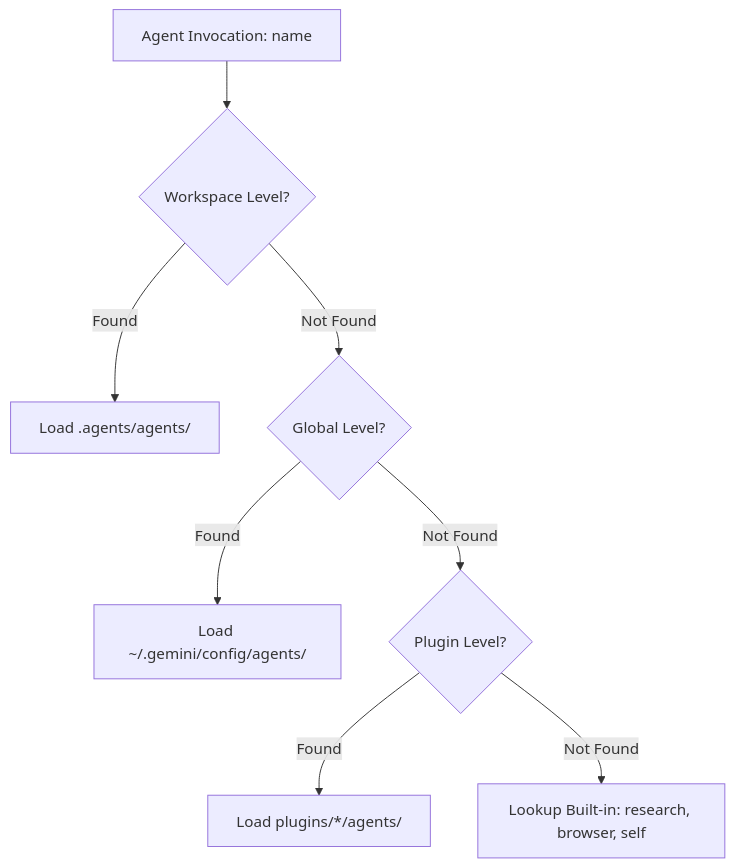
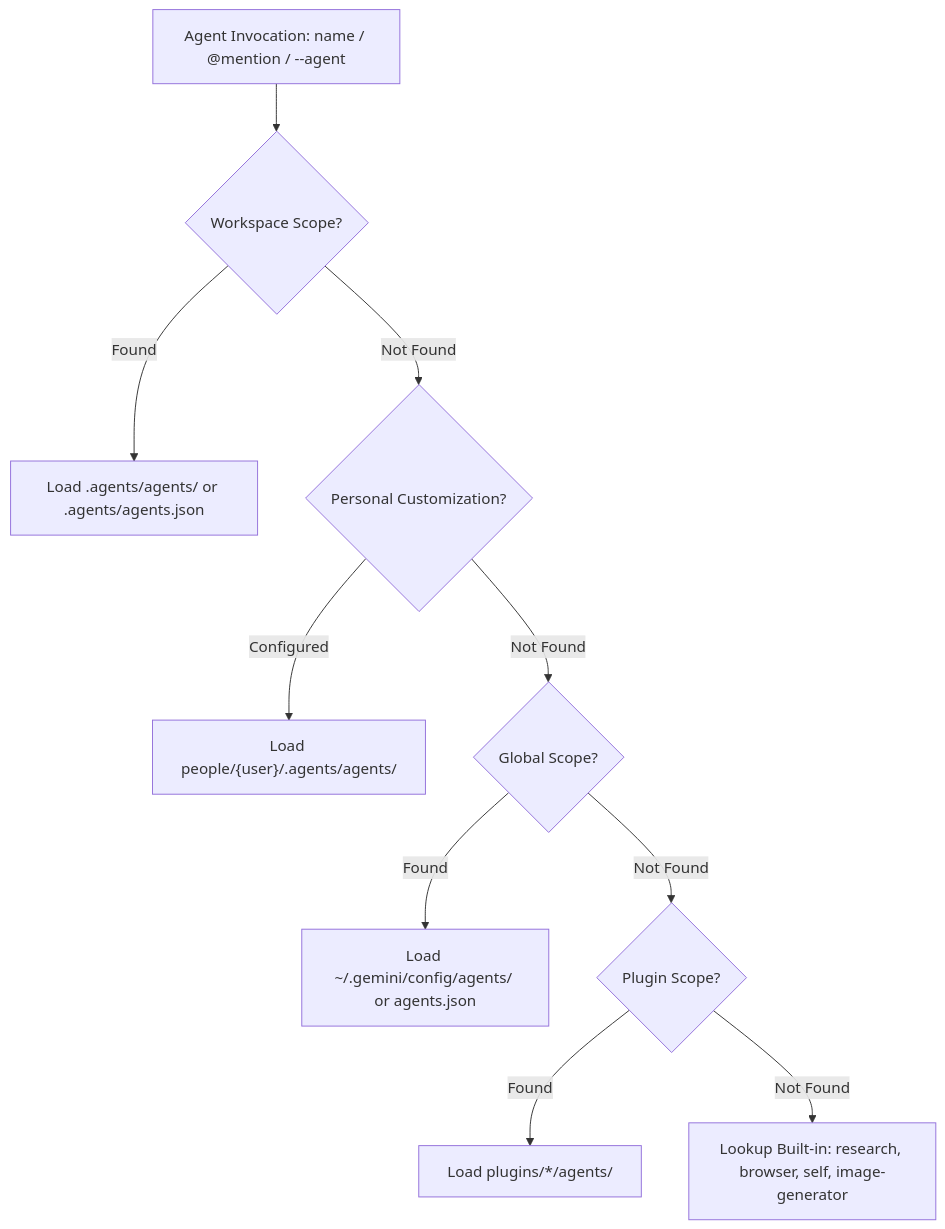
One commit to HengWeiBin/oh-my-antigravity changed the first of 4 diagrams in skills/antigravity-subagents/SKILL.md. Above: the diagram before and after it, drawn with Mermaid. The commit also changed other lines of this file and 12 other files, not shown here.

Commit message:
feat(agents): update agent profiles and Antigravity guide skills for v2.32.0

````diff
--- a/skills/antigravity-subagents/SKILL.md
+++ b/skills/antigravity-subagents/SKILL.md
@@ -18,10 +18,12 @@
 ```mermaid
 flowchart TD
-    A[Agent Invocation: name] --> B{Workspace Level?}
-    B -- Found --> W[Load .agents/agents/]
-    B -- Not Found --> C{Global Level?}
-    C -- Found --> G[Load ~/.gemini/config/agents/]
-    C -- Not Found --> D{Plugin Level?}
-    D -- Found --> P[Load plugins/*/agents/]
-    D -- Not Found --> E[Lookup Built-in: research, browser, self]
+    A["Agent Invocation: name / @mention / --agent"] --> B{"Workspace Scope?"}
+    B -- Found --> W["Load .agents/agents/ or .agents/agents.json"]
+    B -- Not Found --> C{"Personal Customization?"}
+    C -- Configured --> PDIR["Load people/{user}/.agents/agents/"]
+    C -- Not Found --> G{"Global Scope?"}
+    G -- Found --> H["Load ~/.gemini/config/agents/ or agents.json"]
+    G -- Not Found --> D{"Plugin Scope?"}
+    D -- Found --> P["Load plugins/*/agents/"]
+    D -- Not Found --> E["Lookup Built-in: research, browser, self, image-generator"]
 ```
````
